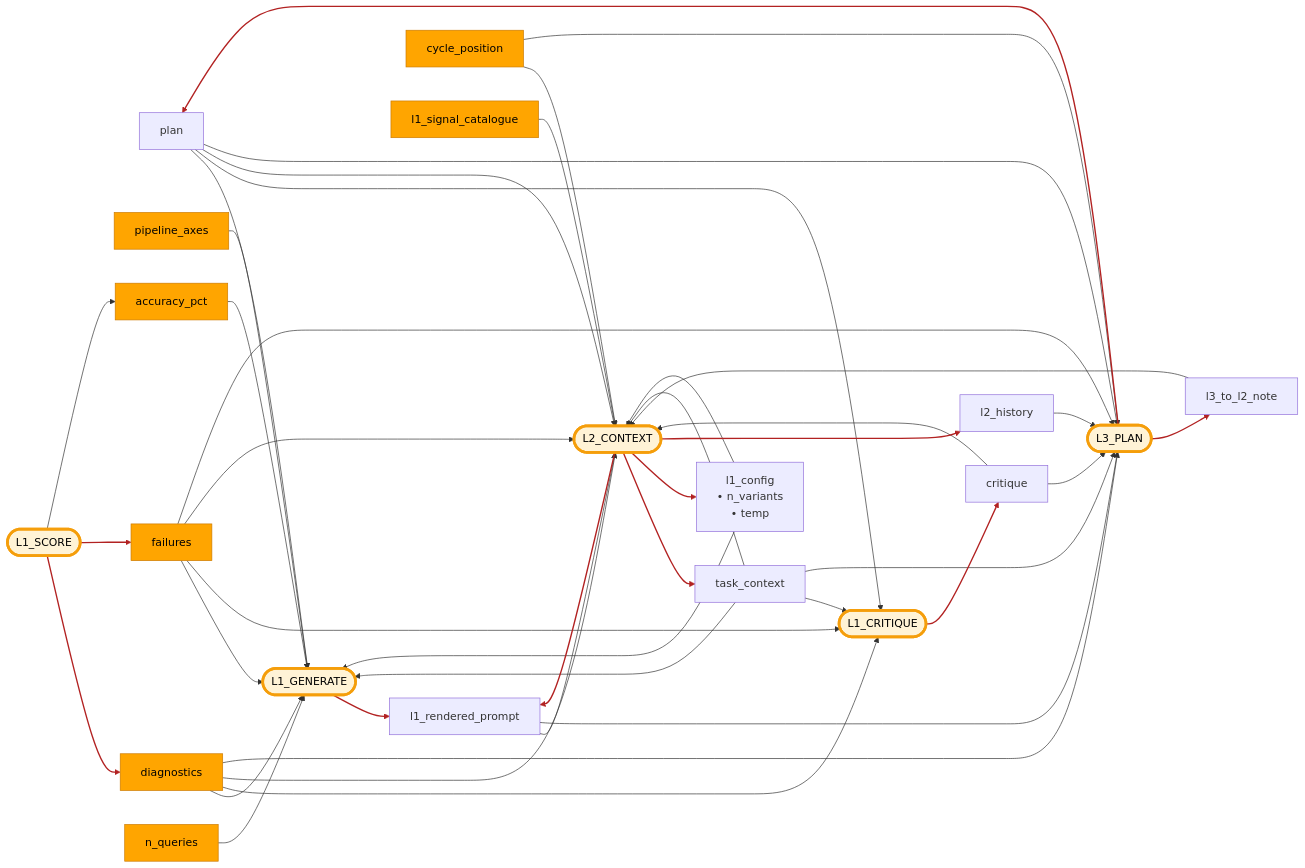
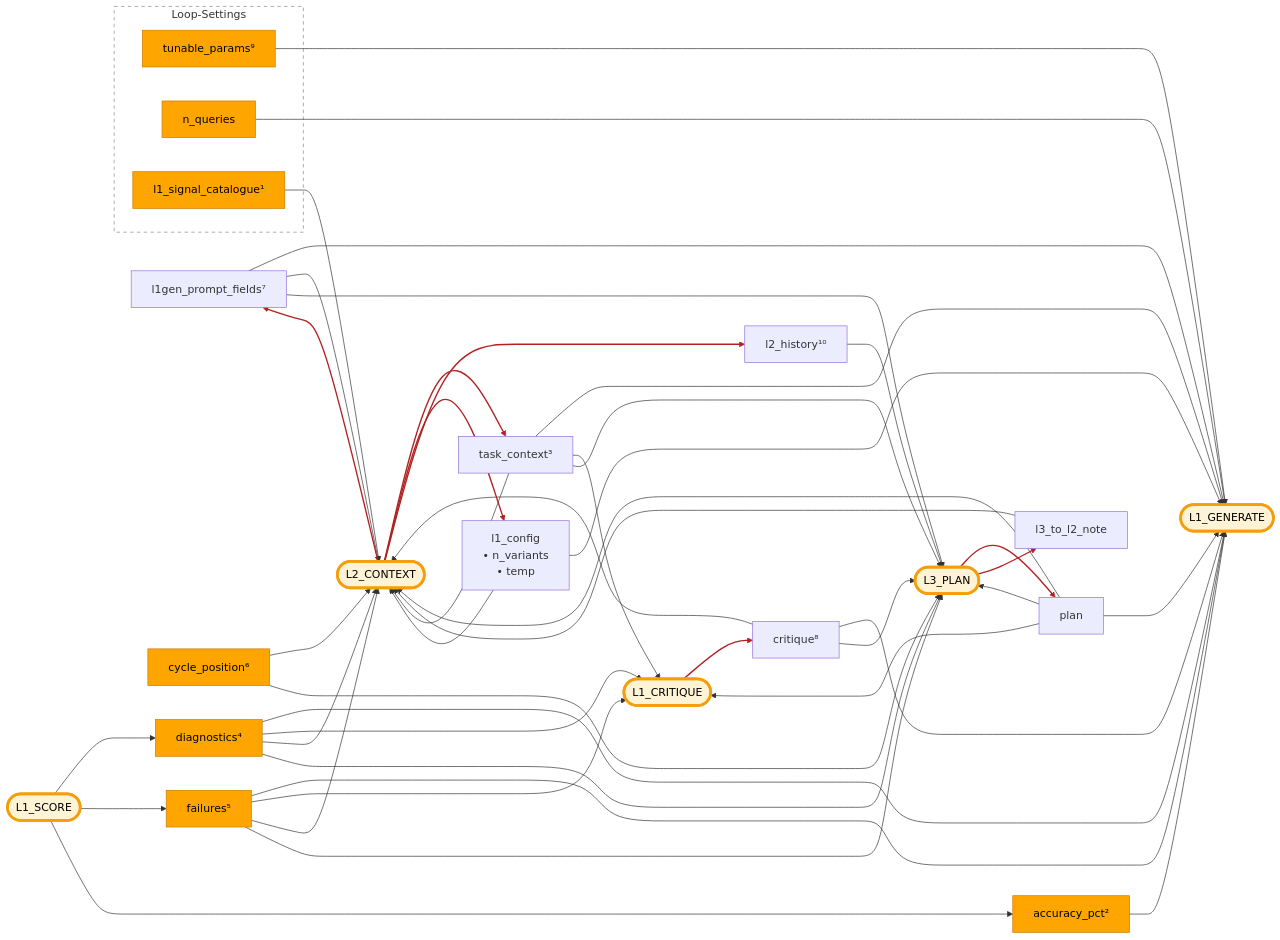
The diagram in docs/developer/dispatch-hub.md (PromptPotter/prompt-potter-optimizer), drawn with Mermaid before and after one commit. The commit also changed other lines of this file and 10 other files, not shown here.

First line of the commit message:
refactor(dispatch): rename signals + critique mandatory + diagram polish

````diff
--- a/docs/developer/dispatch-hub.md
+++ b/docs/developer/dispatch-hub.md
@@ -18,40 +18,59 @@
   classDef det fill:#FFA500,stroke:#cc7a00,color:#000
   classDef proc fill:#fff3d6,stroke:#f59e0b,stroke-width:4px,color:#000
 
-  %% AI-generated inputs
-  PLAN[plan]
-  TC[task_context]
-  L3N[l3_to_l2_note]
-  CRIT[critique]
-  L1RP[l1_rendered_prompt]
+  %% Standalone AI-generated inputs (not produced inside a single LLM stage)
+  L1PF[l1gen_prompt_fields⁷]
   CPAR["l1_config<br/>• n_variants<br/>• temp"]
-  L2H[l2_history]
 
-  %% Deterministic inputs
-  PAX[pipeline_axes]:::det
-  DIAG[diagnostics]:::det
-  FAIL[failures]:::det
-  CPOS[cycle_position]:::det
-  CAT[l1_signal_catalogue]:::det
-  AP[accuracy_pct]:::det
-  NQ[n_queries]:::det
+  %% Standalone deterministic inputs
+  CPOS[cycle_position⁶]:::det
+  DIAG[diagnostics⁴]:::det
+  FAIL[failures⁵]:::det
+  AP[accuracy_pct²]:::det
 
-  %% Process nodes — LLM prompts + score (amber-rimmed pills)
+  %% Loop-Settings — read-only loop-time constants
+  subgraph LS["Loop-Settings"]
+    TUN[tunable_params⁹]:::det
+    NQ[n_queries]:::det
+    CAT[l1_signal_catalogue¹]:::det
+  end
+  style LS fill:none,stroke:#888,stroke-dasharray: 5 5
+
+  %% L1_GENERATE + L1_SCORE + L2_CONTEXT — standalone process nodes
   L1G([L1_GENERATE]):::proc
   L1S([L1_SCORE]):::proc
-  L1C([L1_CRITIQUE]):::proc
   L2P([L2_CONTEXT]):::proc
-  L3P([L3_PLAN]):::proc
 
-  %% L1_GENERATE inputs (default layout + caller extras)
+  %% Standalone L2-produced signals
+  TC[task_context³]
+  L2H[l2_history¹⁰]
+
+  %% L1_CRITIQUE + its produced signal
+  subgraph L1CG[" "]
+    L1C([L1_CRITIQUE]):::proc
+    CRIT[critique⁸]
+  end
+  style L1CG fill:none,stroke:none
+
+  %% L3_PLAN + its outputs
+  subgraph L3G[" "]
+    L3P([L3_PLAN]):::proc
+    PLAN[plan]
+    L3N[l3_to_l2_note]
+  end
+  style L3G fill:none,stroke:none
+
+  %% L1_GENERATE inputs (default layout + caller extras + L1PF self-view)
   PLAN --> L1G
   TC --> L1G
-  PAX --> L1G
+  TUN --> L1G
   DIAG --> L1G
   FAIL --> L1G
+  CRIT --> L1G
   CPAR --> L1G
   AP --> L1G
   NQ --> L1G
+  L1PF --> L1G
 
   %% L1_CRITIQUE inputs
   PLAN --> L1C
@@ -69,7 +88,7 @@
   CPAR --> L2P
   TC --> L2P
   CAT --> L2P
-  L1RP --> L2P
+  L1PF --> L2P
 
   %% L3_PLAN inputs
   PLAN --> L3P
@@ -79,23 +98,22 @@
   DIAG --> L3P
   FAIL --> L3P
   CRIT --> L3P
-  L1RP --> L3P
+  L1PF --> L3P
 
-  %% Feedback edges — what each process node produces (red)
+  %% LLM-produced feedback edges (red)
   L3P --> PLAN
   L3P --> L3N
   L2P --> TC
   L2P --> CPAR
   L2P --> L2H
-  L2P --> L1RP
+  L2P --> L1PF
   L1C --> CRIT
-  L1G --> L1RP
+
+  %% L1_SCORE derivations — deterministic; normal color
   L1S --> DIAG
   L1S --> FAIL
-
-  %% L1_SCORE derivation — accuracy_pct (one-way, not loop-closing; normal color)
   L1S --> AP
 
-  %% Red styling for the 10 feedback edges (edges 30..39)
-  linkStyle 30,31,32,33,34,35,36,37,38,39 stroke:#B22222,stroke-width:2px
+  %% Red styling for the 7 LLM-produced feedback edges (edges 32..38)
+  linkStyle 32,33,34,35,36,37,38 stroke:#B22222,stroke-width:2px
 ```
````
